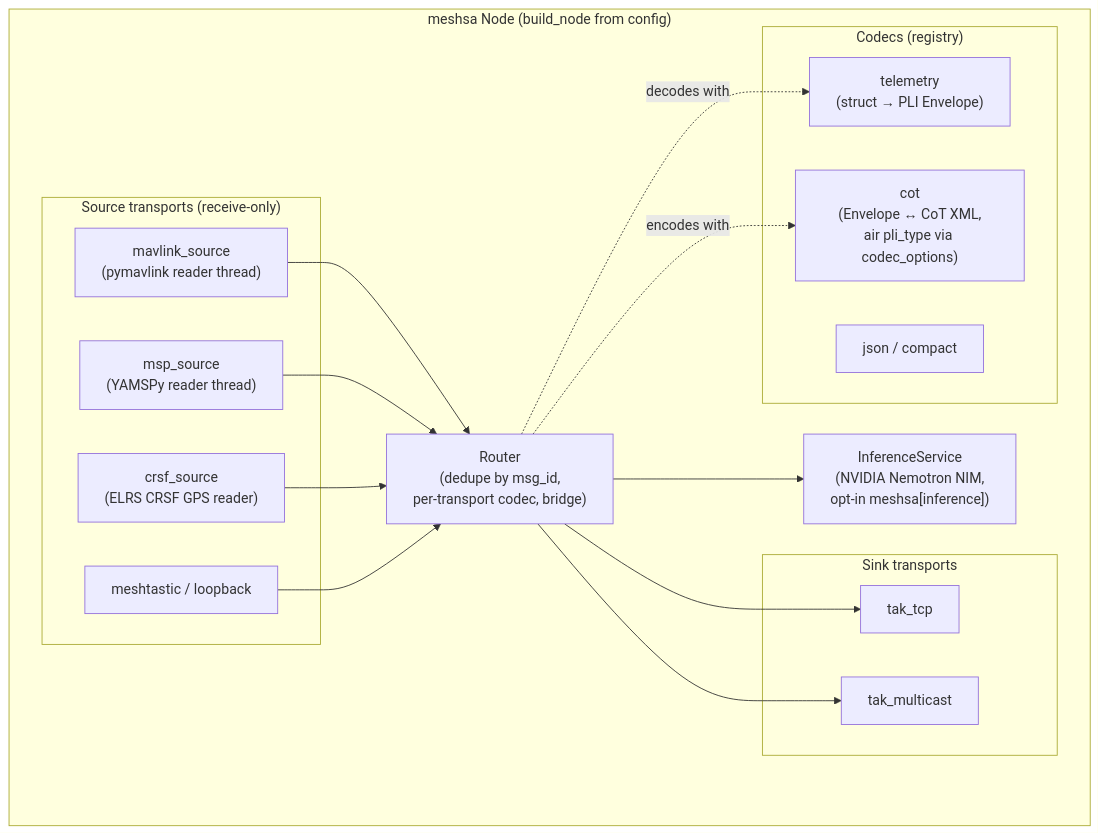
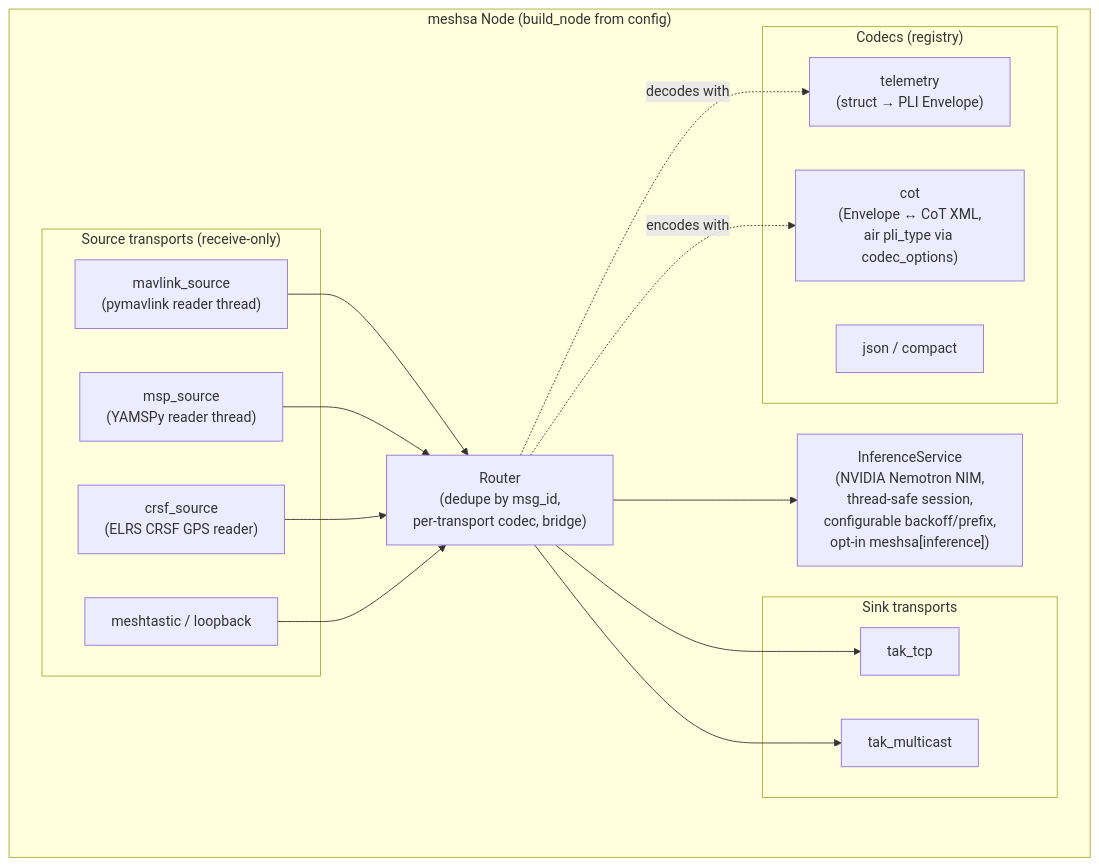
One commit to ianshank/GCP-Drone-Comms-Unit changed the third of 4 diagrams in docs/C4.md. Above: the diagram before and after it, drawn with Mermaid. The commit also changed other lines of this file and 13 other files, not shown here.

````diff
--- a/docs/C4.md
+++ b/docs/C4.md
@@ -57,31 +57,31 @@
 ```mermaid
 flowchart TB
     subgraph node["meshsa Node (build_node from config)"]
         router["Router<br/>(dedupe by msg_id,<br/>per-transport codec, bridge)"]
         subgraph sources["Source transports (receive-only)"]
             mav["mavlink_source<br/>(pymavlink reader thread)"]
             msp["msp_source<br/>(YAMSPy reader thread)"]
             crsf["crsf_source<br/>(ELRS CRSF GPS reader)"]
             mtx["meshtastic / loopback"]
         end
         subgraph sinks["Sink transports"]
             taktcp["tak_tcp"]
             takmc["tak_multicast"]
         end
         subgraph codecs["Codecs (registry)"]
             tel["telemetry<br/>(struct → PLI Envelope)"]
             cot["cot<br/>(Envelope ↔ CoT XML,<br/>air pli_type via codec_options)"]
             jsonc["json / compact"]
         end
         mav --> router
         msp --> router
         crsf --> router
         mtx --> router
         router --> taktcp
         router --> takmc
         router -. decodes with .-> tel
         router -. encodes with .-> cot
-        infer["InferenceService<br/>(NVIDIA Nemotron NIM,<br/>opt-in meshsa[inference])"]
+        infer["InferenceService<br/>(NVIDIA Nemotron NIM,<br/>thread-safe session,<br/>configurable backoff/prefix,<br/>opt-in meshsa[inference])"]
         router --> infer
     end
 ```
````
